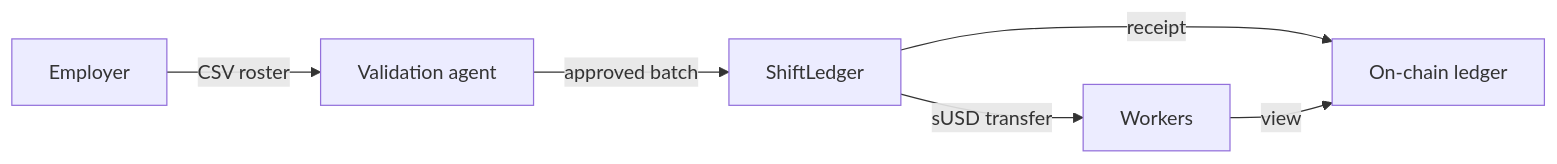
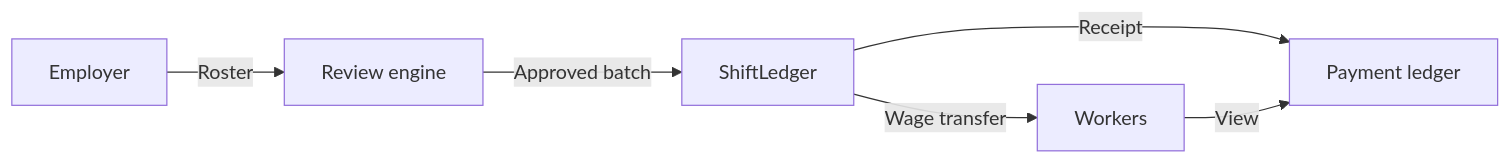
Before and after one commit to thesithunyein/shiftledger: the diagram in README.md, drawn with Mermaid. The commit also changed other lines of this file and 19 other files, not shown here.

First line of the commit message:
Ship ShiftLedger as a real factory payroll product.

````diff
--- a/README.md
+++ b/README.md
@@ -41,8 +62,8 @@
 ```mermaid
 flowchart LR
-  A[Employer] -->|CSV roster| B[Validation agent]
-  B -->|approved batch| C[ShiftLedger]
-  C -->|sUSD transfer| D[Workers]
-  C -->|receipt| E[On-chain ledger]
-  D -->|view| E
+  A[Employer] -->|Roster| B[Review engine]
+  B -->|Approved batch| C[ShiftLedger]
+  C -->|Wage transfer| D[Workers]
+  C -->|Receipt| E[Payment ledger]
+  D -->|View| E
 ```
````
